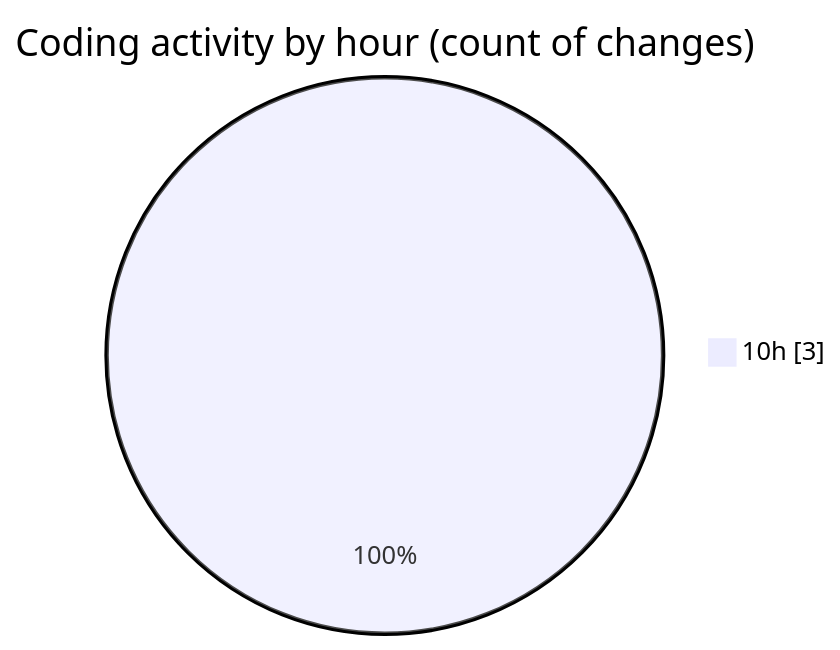
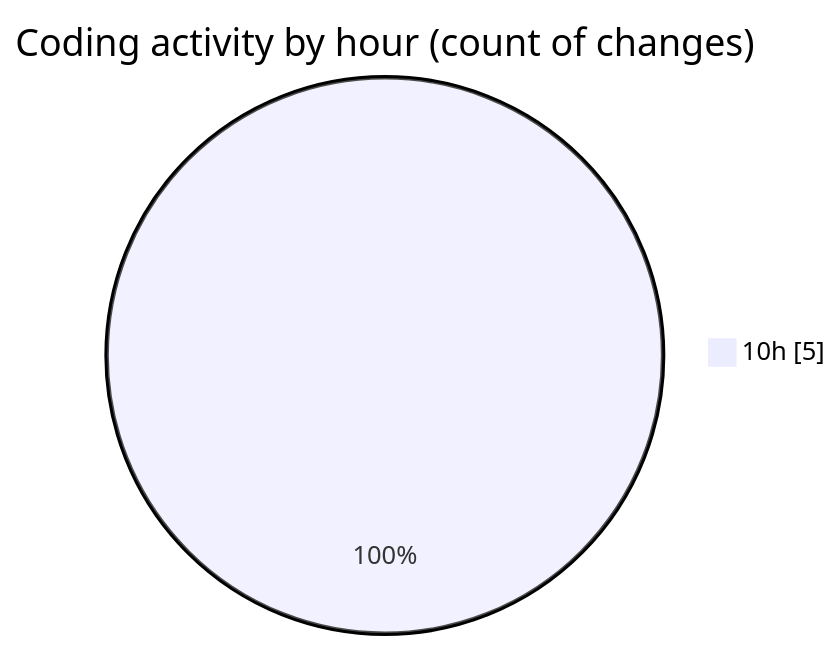
The second of 2 diagrams in 2025-04-24/synth_911data_gen/README.md (trdunsworth/code-tracking), drawn with Mermaid before and after one commit. The commit also changed other lines of this file and 1 other file, not shown here.

````diff
--- a/2025-04-24/synth_911data_gen/README.md
+++ b/2025-04-24/synth_911data_gen/README.md
@@ -29,5 +29,5 @@
 ```mermaid
 pie showData
 title Coding activity by hour (count of changes)
-"10h" : 3
+"10h" : 5
 ```
````
